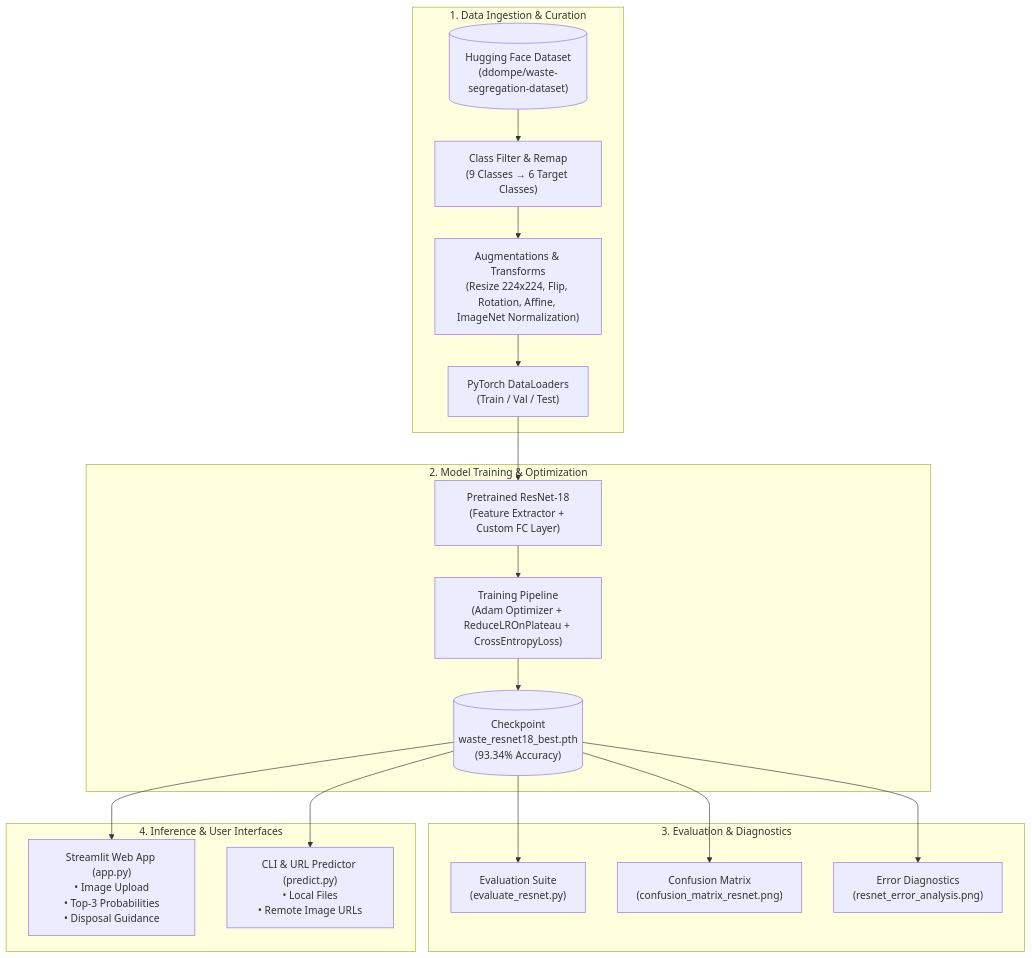
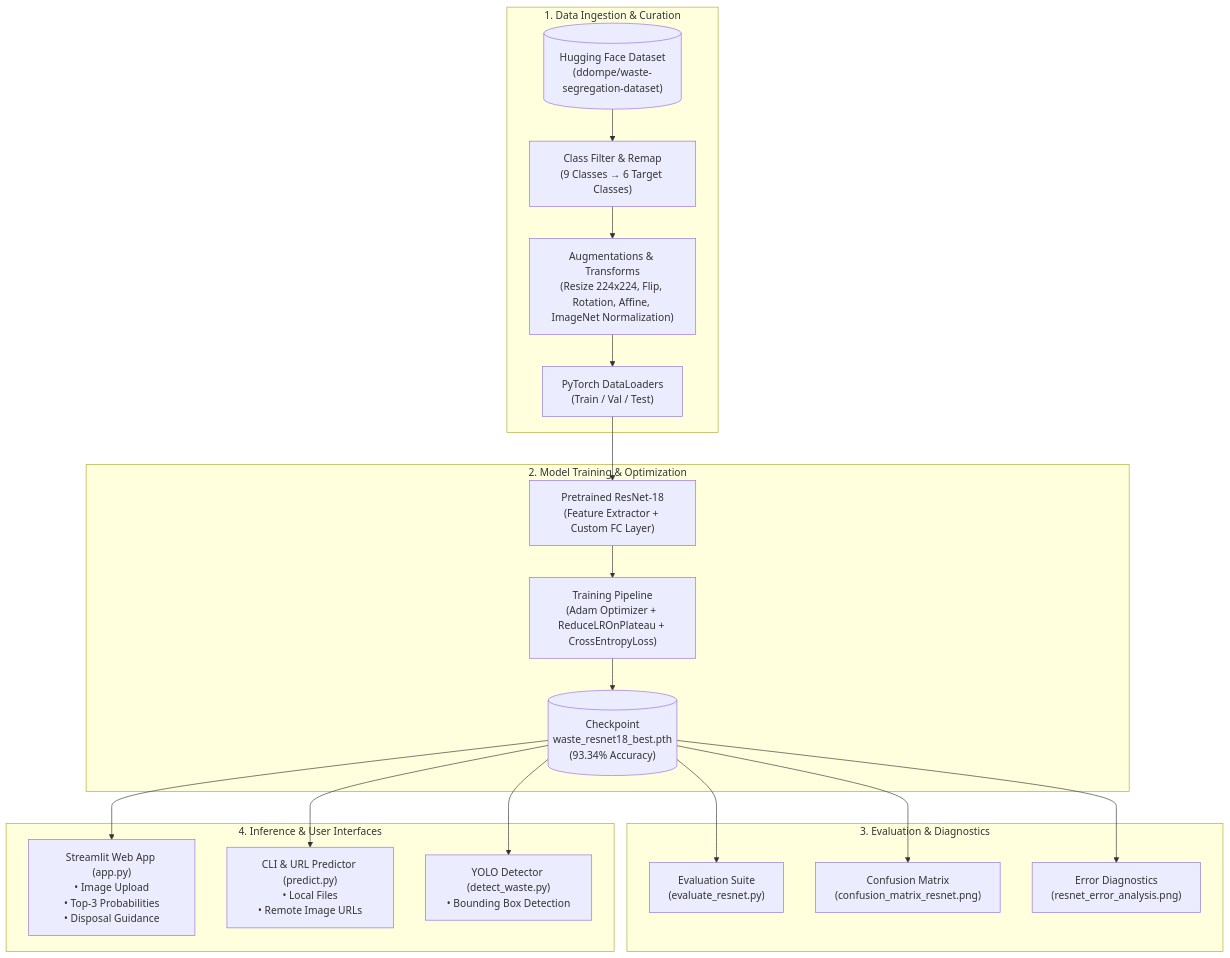
One commit to Snigdha-0210/Smart_Waste_Classifier changed the diagram in README.md. Above: the diagram before and after it, drawn with Mermaid. The commit also changed other lines of this file and 1 other file, not shown here.

Commit message:
docs: update README with complete project structure and YOLOv11 detector

````diff
--- a/README.md
+++ b/README.md
@@ -56,25 +57,26 @@
 ```mermaid
 flowchart TD
     subgraph DataPipeline["1. Data Ingestion & Curation"]
         HF[("Hugging Face Dataset\n(ddompe/waste-segregation-dataset)")] --> Filter["Class Filter & Remap\n(9 Classes → 6 Target Classes)"]
         Filter --> Augment["Augmentations & Transforms\n(Resize 224x224, Flip, Rotation, Affine, ImageNet Normalization)"]
         Augment --> Loaders["PyTorch DataLoaders\n(Train / Val / Test)"]
     end
 
     subgraph Modeling["2. Model Training & Optimization"]
         Loaders --> ResNet["Pretrained ResNet-18\n(Feature Extractor + Custom FC Layer)"]
         ResNet --> TrainLoop["Training Pipeline\n(Adam Optimizer + ReduceLROnPlateau + CrossEntropyLoss)"]
         TrainLoop --> BestWeights[("Checkpoint\nwaste_resnet18_best.pth\n(93.34% Accuracy)")]
     end
 
     subgraph Evaluation["3. Evaluation & Diagnostics"]
         BestWeights --> EvalSuite["Evaluation Suite\n(evaluate_resnet.py)"]
         BestWeights --> Confusion["Confusion Matrix\n(confusion_matrix_resnet.png)"]
         BestWeights --> ErrorAnalysis["Error Diagnostics\n(resnet_error_analysis.png)"]
     end
 
     subgraph Deployment["4. Inference & User Interfaces"]
         BestWeights --> StreamlitApp["Streamlit Web App (app.py)\n• Image Upload\n• Top-3 Probabilities\n• Disposal Guidance"]
         BestWeights --> CLIPredict["CLI & URL Predictor (predict.py)\n• Local Files\n• Remote Image URLs"]
+        BestWeights --> YOLODetect["YOLO Detector (detect_waste.py)\n• Bounding Box Detection"]
     end
 ```
````
